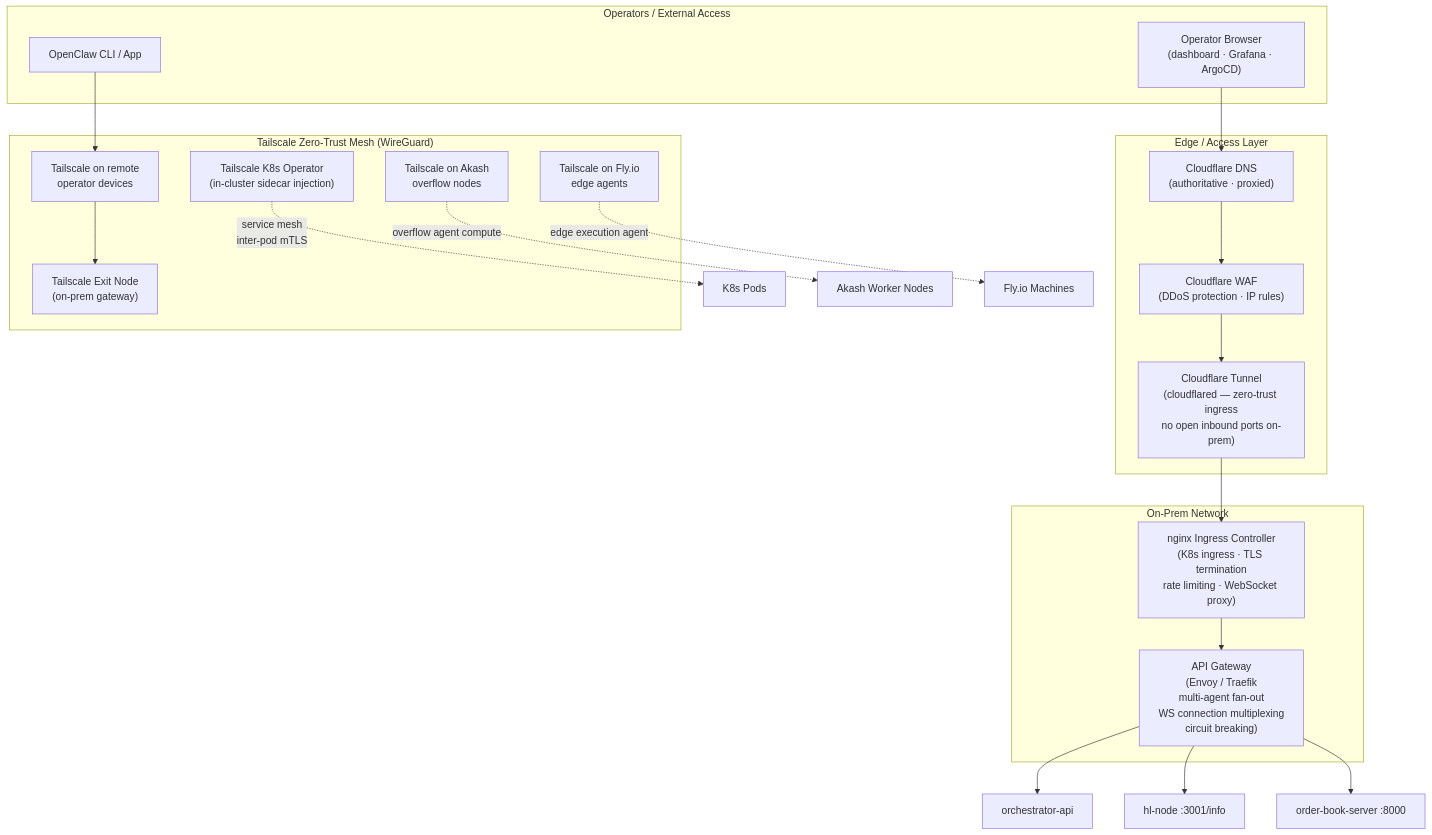
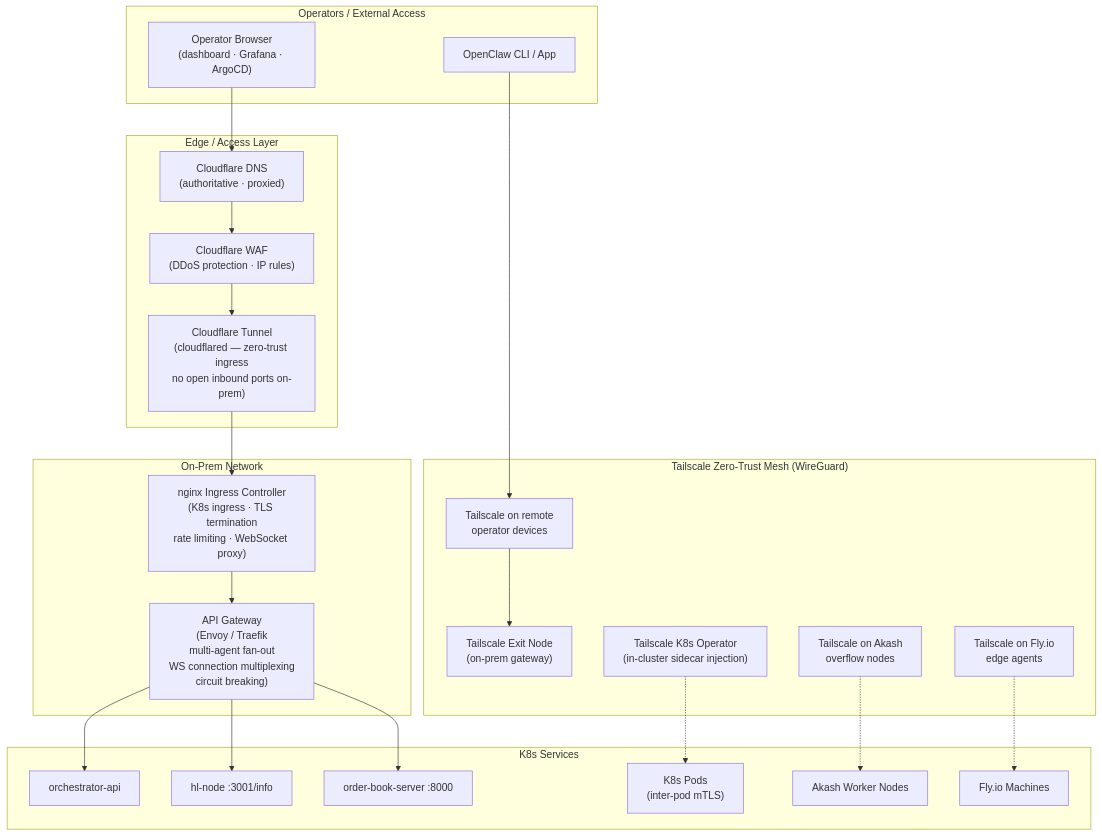
One commit to enuno/hyperliquid-trading-firm changed the seventh of 12 diagrams in docs/APP_INFRASTRUCTURE.md. Above: the diagram before and after it, drawn with Mermaid. The commit also changed other lines of this file, not shown here.

First line of the commit message:
fix: resolve Mermaid rendering errors in 8 diagrams

````diff
--- a/docs/APP_INFRASTRUCTURE.md
+++ b/docs/APP_INFRASTRUCTURE.md
@@ -506,38 +526,50 @@
 ```mermaid
 graph TB
     subgraph INTERNET_USERS["Operators / External Access"]
         OPS["Operator Browser\n(dashboard · Grafana · ArgoCD)"]
         OPENCLAW_CLI["OpenClaw CLI / App"]
     end
 
     subgraph EDGE["Edge / Access Layer"]
         CF_DNS["Cloudflare DNS\n(authoritative · proxied)"]
         CF_WAF["Cloudflare WAF\n(DDoS protection · IP rules)"]
         CF_TUNNEL["Cloudflare Tunnel\n(cloudflared — zero-trust ingress\nno open inbound ports on-prem)"]
     end
 
     subgraph TAILSCALE_MESH["Tailscale Zero-Trust Mesh (WireGuard)"]
         TS_EXIT["Tailscale Exit Node\n(on-prem gateway)"]
         TS_K8S["Tailscale K8s Operator\n(in-cluster sidecar injection)"]
         TS_REMOTE["Tailscale on remote\noperator devices"]
         TS_AKASH["Tailscale on Akash\noverflow nodes"]
         TS_FLY["Tailscale on Fly.io\nedge agents"]
     end
 
     subgraph ON_PREM_NET["On-Prem Network"]
         NGINX_INGRESS["nginx Ingress Controller\n(K8s ingress · TLS termination\nrate limiting · WebSocket proxy)"]
         API_GW["API Gateway\n(Envoy / Traefik\nmulti-agent fan-out\nWS connection multiplexing\ncircuit breaking)"]
     end
 
-    OPS --> CF_DNS --> CF_WAF --> CF_TUNNEL
-    OPENCLAW_CLI --> TS_REMOTE --> TS_EXIT
+    subgraph K8S_SVCS["K8s Services"]
+        ORCH_API["orchestrator-api"]
+        HL_NODE_INFO["hl-node :3001/info"]
+        OB_WS["order-book-server :8000"]
+        K8S_PODS["K8s Pods\n(inter-pod mTLS)"]
+        AKASH_NODES["Akash Worker Nodes"]
+        FLY_NODES["Fly.io Machines"]
+    end
+
+    OPS --> CF_DNS
+    CF_DNS --> CF_WAF
+    CF_WAF --> CF_TUNNEL
+    OPENCLAW_CLI --> TS_REMOTE
+    TS_REMOTE --> TS_EXIT
     CF_TUNNEL --> NGINX_INGRESS
     NGINX_INGRESS --> API_GW
-    API_GW --> ORCH_API["orchestrator-api"]
-    API_GW --> HL_NODE_INFO["hl-node :3001/info"]
-    API_GW --> OB_WS["order-book-server :8000"]
+    API_GW --> ORCH_API
+    API_GW --> HL_NODE_INFO
+    API_GW --> OB_WS
 
-    TS_K8S -.->|"service mesh\ninter-pod mTLS"| K8S_PODS["K8s Pods"]
-    TS_AKASH -.->|"overflow agent compute"| AKASH_NODES["Akash Worker Nodes"]
-    TS_FLY -.->|"edge execution agent"| FLY_NODES["Fly.io Machines"]
+    TS_K8S -.-> K8S_PODS
+    TS_AKASH -.-> AKASH_NODES
+    TS_FLY -.-> FLY_NODES
 ```
````
